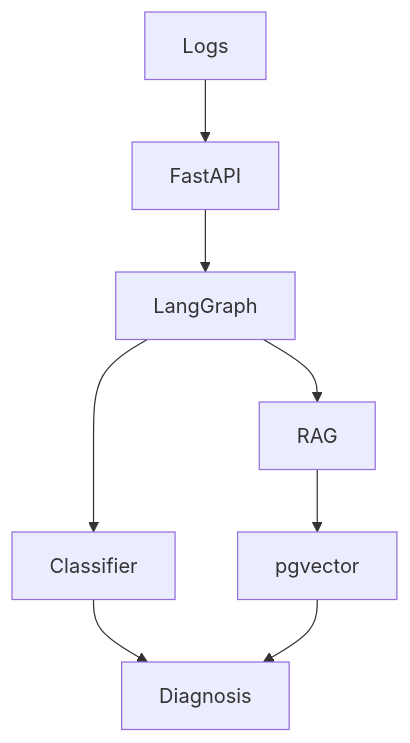
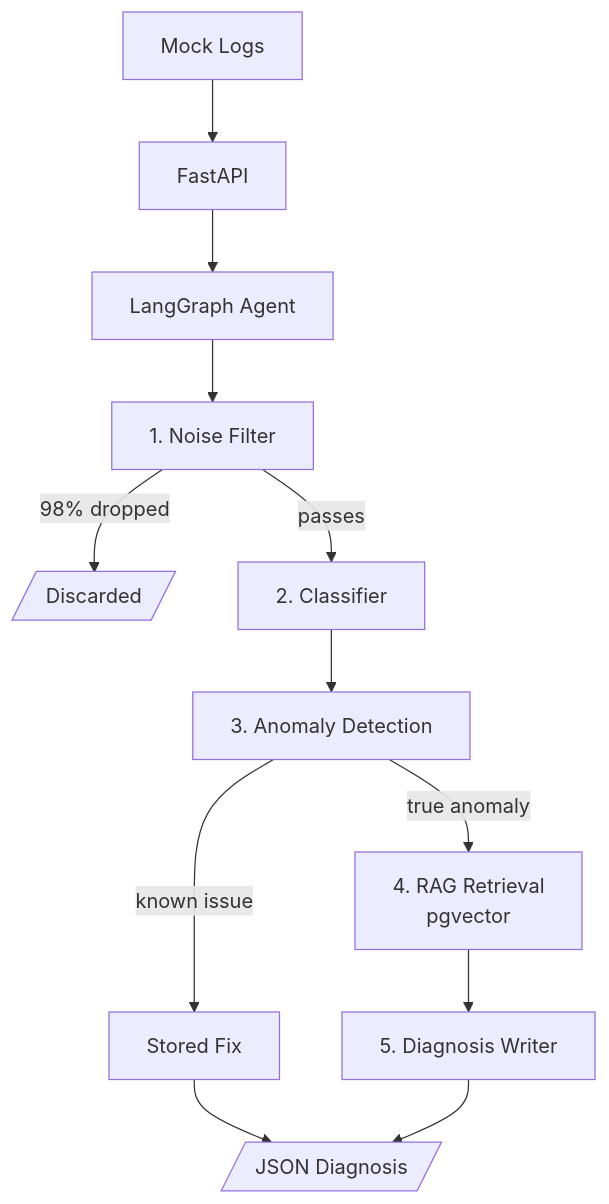
Before and after one commit to shaurya10n/log-diagnosis-agent: the diagram in README.md, drawn with Mermaid.

Commit message:
Revise architecture diagram in README

````diff
--- a/README.md
+++ b/README.md
@@ -16,17 +16,17 @@
 ```mermaid
 graph TD
+    A[Mock Logs] --> B[FastAPI]
+    B --> C[LangGraph Agent]
 
-A[Logs] --> B[FastAPI]
+    C --> D[1. Noise Filter]
+    D -->|98% dropped| Z[/Discarded/]
+    D -->|passes| E[2. Classifier]
 
-B --> C[LangGraph]
+    E --> F[3. Anomaly Detection]
+    F -->|known issue| G[Stored Fix]
+    F -->|true anomaly| H[4. RAG Retrieval\npgvector]
 
-C --> D[Classifier]
-
-C --> E[RAG]
-
-E --> F[pgvector]
-
-D --> G[Diagnosis]
-
-F --> G
+    G --> I[/JSON Diagnosis/]
+    H --> J[5. Diagnosis Writer]
+    J --> I
 ```
````
